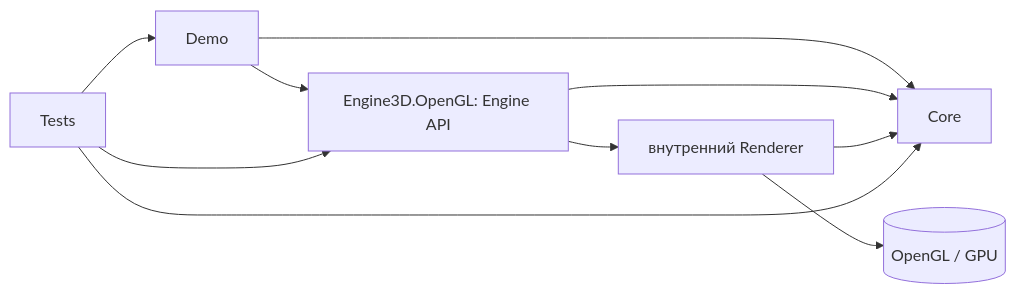
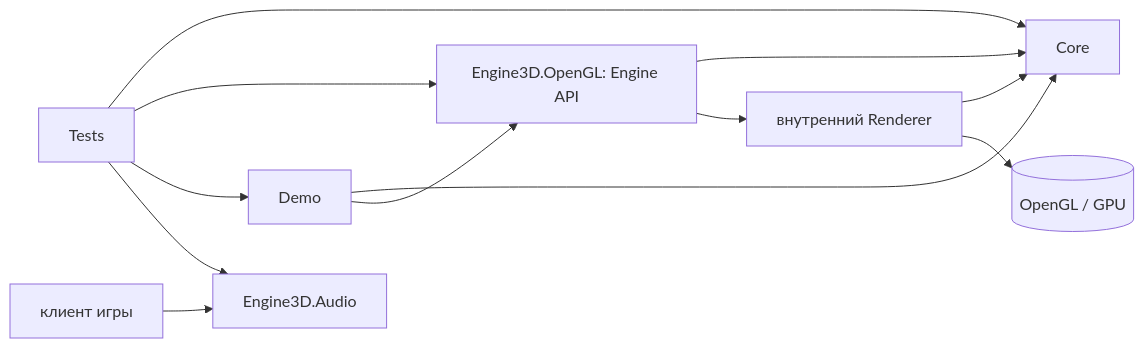
Before and after one commit to alken1t15/simple-3d-engine: the first of 2 diagrams in docs/architecture.md, drawn with Mermaid. The commit also changed other lines of this file and 30 other files, not shown here.

````diff
--- a/docs/architecture.md
+++ b/docs/architecture.md
@@ -20,12 +29,14 @@
 ```mermaid
 flowchart LR
     Demo --> Core
     Demo --> API[Engine3D.OpenGL: Engine API]
     API --> Core
     API --> Renderer[внутренний Renderer]
     Renderer --> Core
     Renderer --> GPU[(OpenGL / GPU)]
     Tests --> Core
     Tests --> API
     Tests --> Demo
+    Tests --> Audio[Engine3D.Audio]
+    Client[клиент игры] --> Audio
 ```
````
